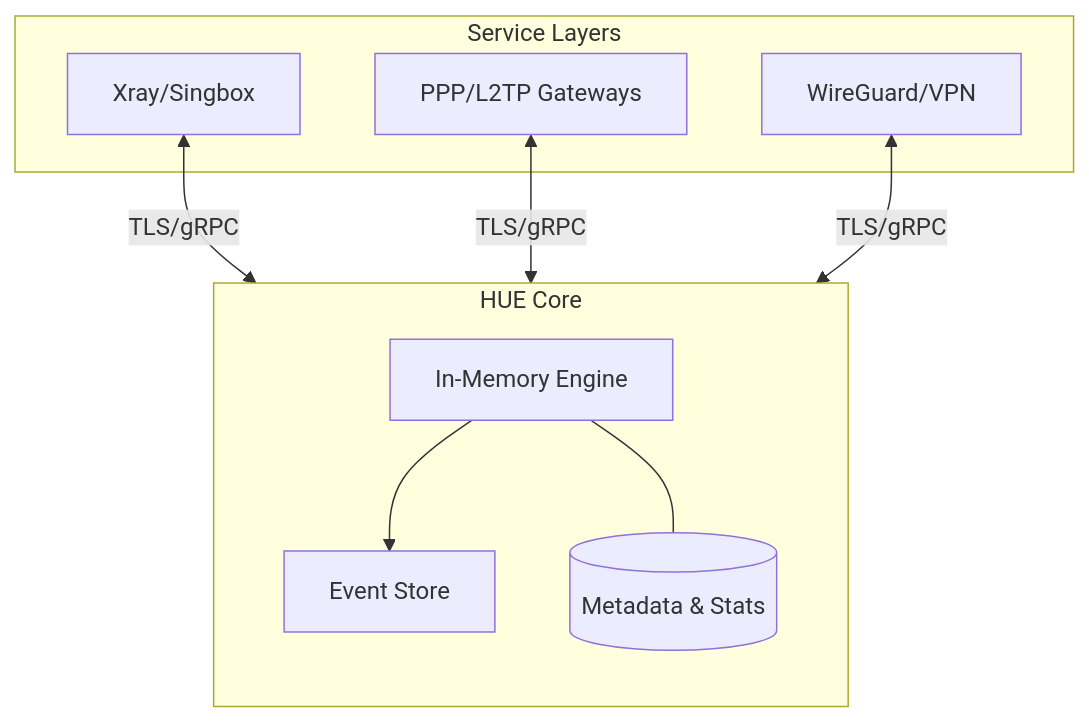
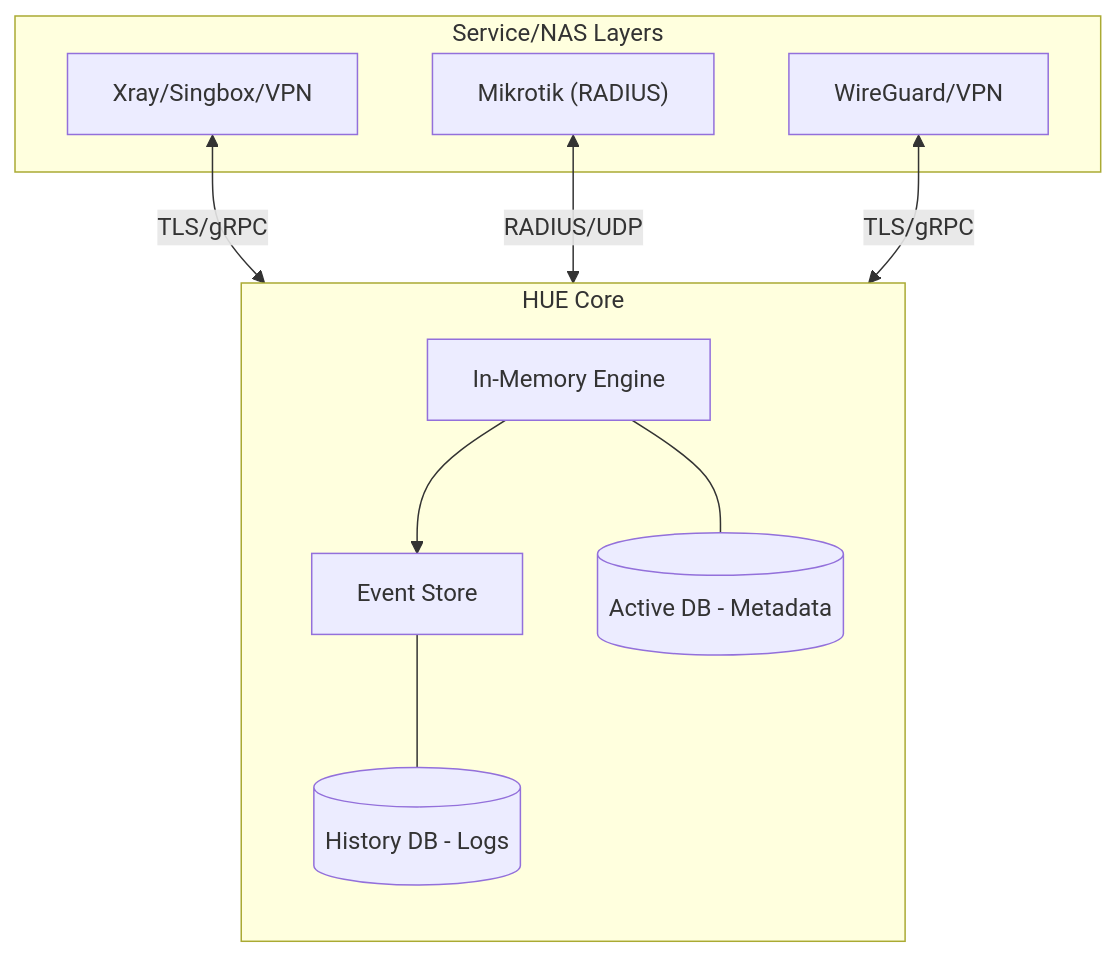
One commit to hiddify/HUE changed the diagram in README.md. Above: the diagram before and after it, drawn with Mermaid. The commit also changed other lines of this file and 1 other file, not shown here.

Commit message:
docs: Detail HUE's low-overhead database strategy, buffered writes, and XRAY RADIUS protocol support in the PRD and README.

````diff
--- a/README.md
+++ b/README.md
@@ -26,21 +26,23 @@
 ```mermaid
 graph TD
-    subgraph "Service Layers"
-        SN1[Xray/Singbox]
-        SN2[PPP/L2TP Gateways]
+    subgraph "Service/NAS Layers"
+        SN1[Xray/Singbox/VPN]
+        SN2["Mikrotik (RADIUS)"]
         SN3[WireGuard/VPN]
     end
     
     subgraph "HUE Core"
         direction TB
         HC[In-Memory Engine]
         EV[Event Store]
-        DB[(Metadata & Stats)]
+        DBA[(Active DB - Metadata)]
+        DBH[(History DB - Logs)]
     end
 
     SN1 <-->|TLS/gRPC| HC
-    SN2 <-->|TLS/gRPC| HC
+    SN2 <-->|RADIUS/UDP| HC
     SN3 <-->|TLS/gRPC| HC
     HC --> EV
-    HC --- DB
+    HC --- DBA
+    EV --- DBH
 ```
````
